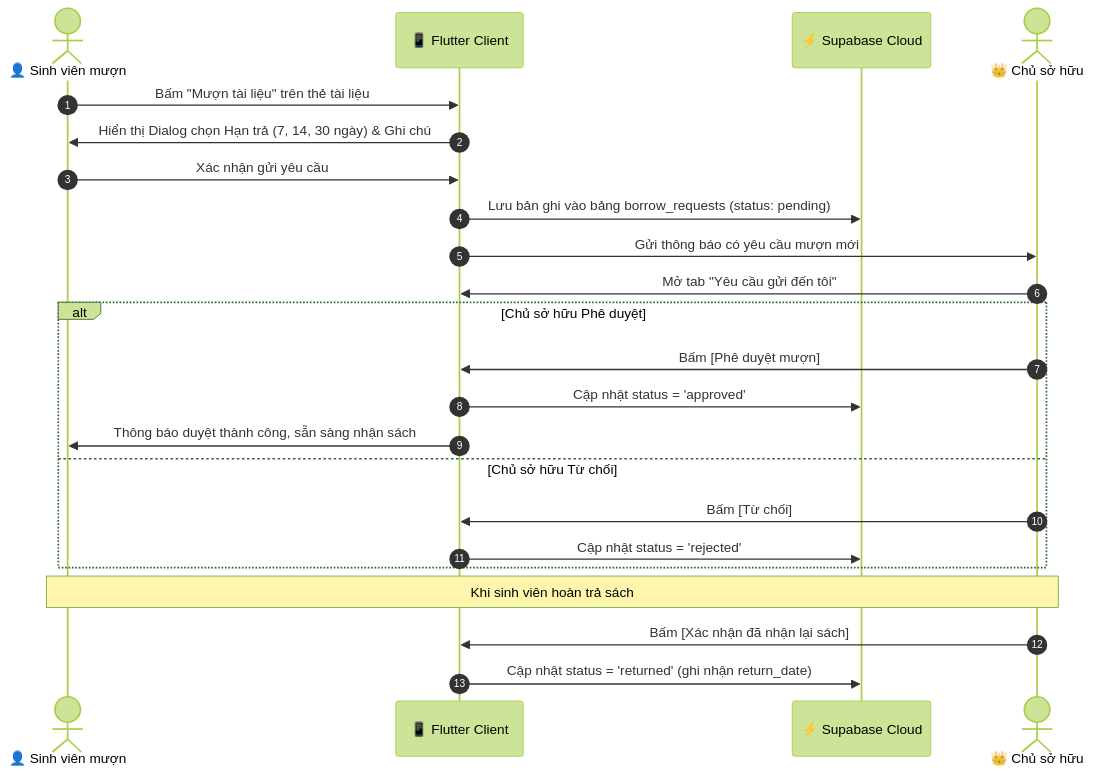
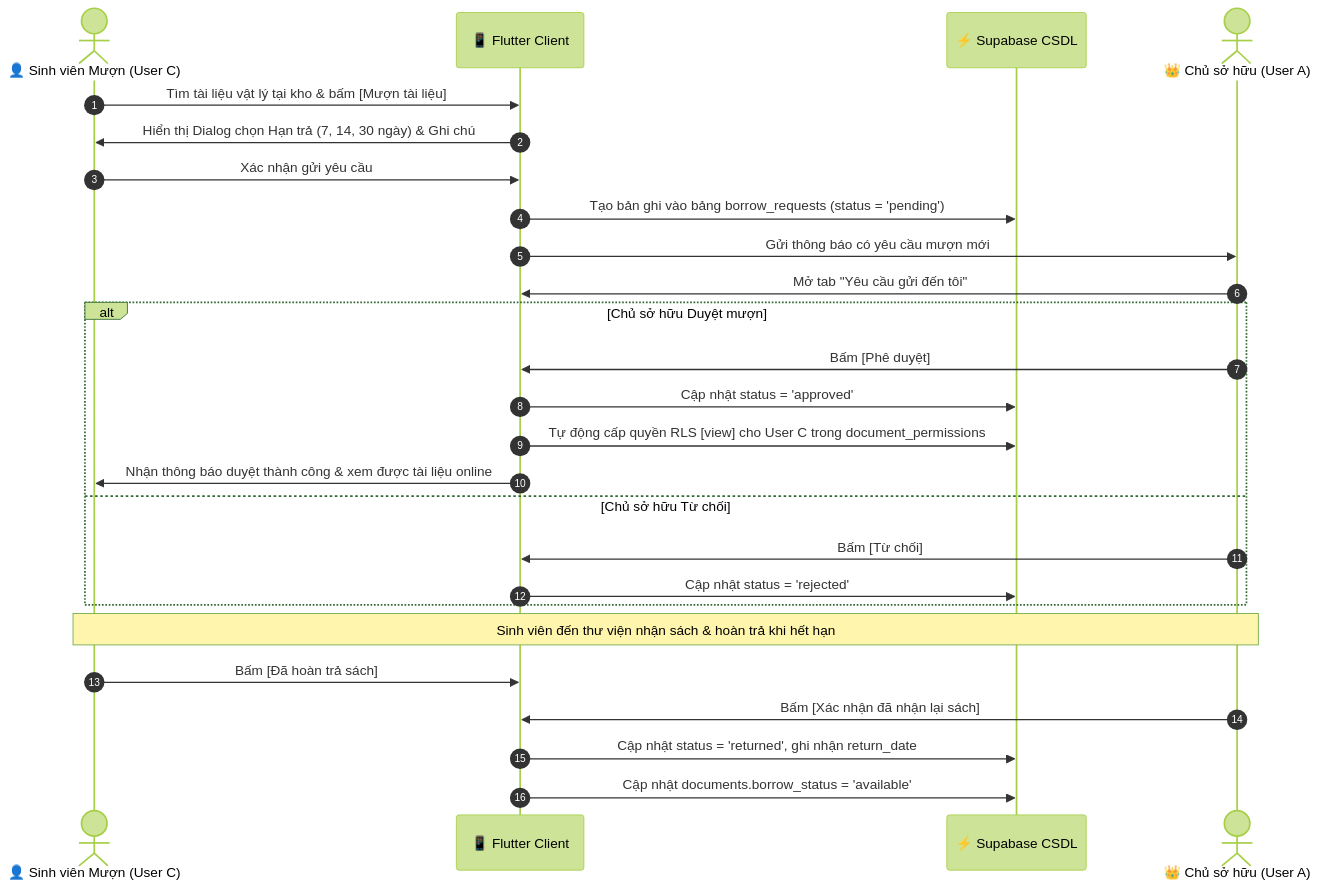
One commit to pvhung2112/nhom9-65ktpmth2 changed the third of 3 diagrams in BAO_CAO_TH2_HE_THONG_QUAN_LY_TAI_LIEU.md. Above: the diagram before and after it, drawn with Mermaid (forest theme). The commit also changed other lines of this file and 3 other files, not shown here.

````diff
--- a/BAO_CAO_TH2_HE_THONG_QUAN_LY_TAI_LIEU.md
+++ b/BAO_CAO_TH2_HE_THONG_QUAN_LY_TAI_LIEU.md
@@ -118,26 +236,29 @@
 ```mermaid
 sequenceDiagram
     autonumber
-    actor Borrower as 👤 Sinh viên mượn
+    actor Borrower as 👤 Sinh viên Mượn (User C)
     participant UI as 📱 Flutter Client
-    participant Supa as ⚡ Supabase Cloud
-    actor Owner as 👑 Chủ sở hữu
+    participant Supa as ⚡ Supabase CSDL
+    actor Owner as 👑 Chủ sở hữu (User A)
 
-    Borrower->>UI: Bấm "Mượn tài liệu" trên thẻ tài liệu
+    Borrower->>UI: Tìm tài liệu vật lý tại kho & bấm [Mượn tài liệu]
     UI->>Borrower: Hiển thị Dialog chọn Hạn trả (7, 14, 30 ngày) & Ghi chú
     Borrower->>UI: Xác nhận gửi yêu cầu
-    UI->>Supa: Lưu bản ghi vào bảng borrow_requests (status: pending)
+    UI->>Supa: Tạo bản ghi vào bảng borrow_requests (status = 'pending')
     UI->>Owner: Gửi thông báo có yêu cầu mượn mới
     Owner->>UI: Mở tab "Yêu cầu gửi đến tôi"
-    alt Chủ sở hữu Phê duyệt
-        Owner->>UI: Bấm [Phê duyệt mượn]
+    alt Chủ sở hữu Duyệt mượn
+        Owner->>UI: Bấm [Phê duyệt]
         UI->>Supa: Cập nhật status = 'approved'
-        UI->>Borrower: Thông báo duyệt thành công, sẵn sàng nhận sách
+        UI->>Supa: Tự động cấp quyền RLS [view] cho User C trong document_permissions
+        UI->>Borrower: Nhận thông báo duyệt thành công & xem được tài liệu online
     else Chủ sở hữu Từ chối
         Owner->>UI: Bấm [Từ chối]
         UI->>Supa: Cập nhật status = 'rejected'
     end
-    Note over Borrower,Owner: Khi sinh viên hoàn trả sách
+    Note over Borrower,Owner: Sinh viên đến thư viện nhận sách & hoàn trả khi hết hạn
+    Borrower->>UI: Bấm [Đã hoàn trả sách]
     Owner->>UI: Bấm [Xác nhận đã nhận lại sách]
-    UI->>Supa: Cập nhật status = 'returned' (ghi nhận return_date)
+    UI->>Supa: Cập nhật status = 'returned', ghi nhận return_date
+    UI->>Supa: Cập nhật documents.borrow_status = 'available'
 ```
````
